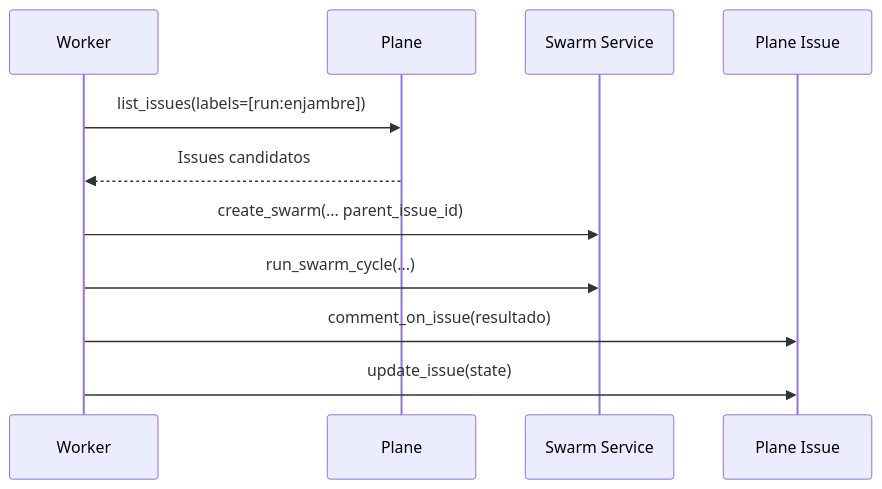
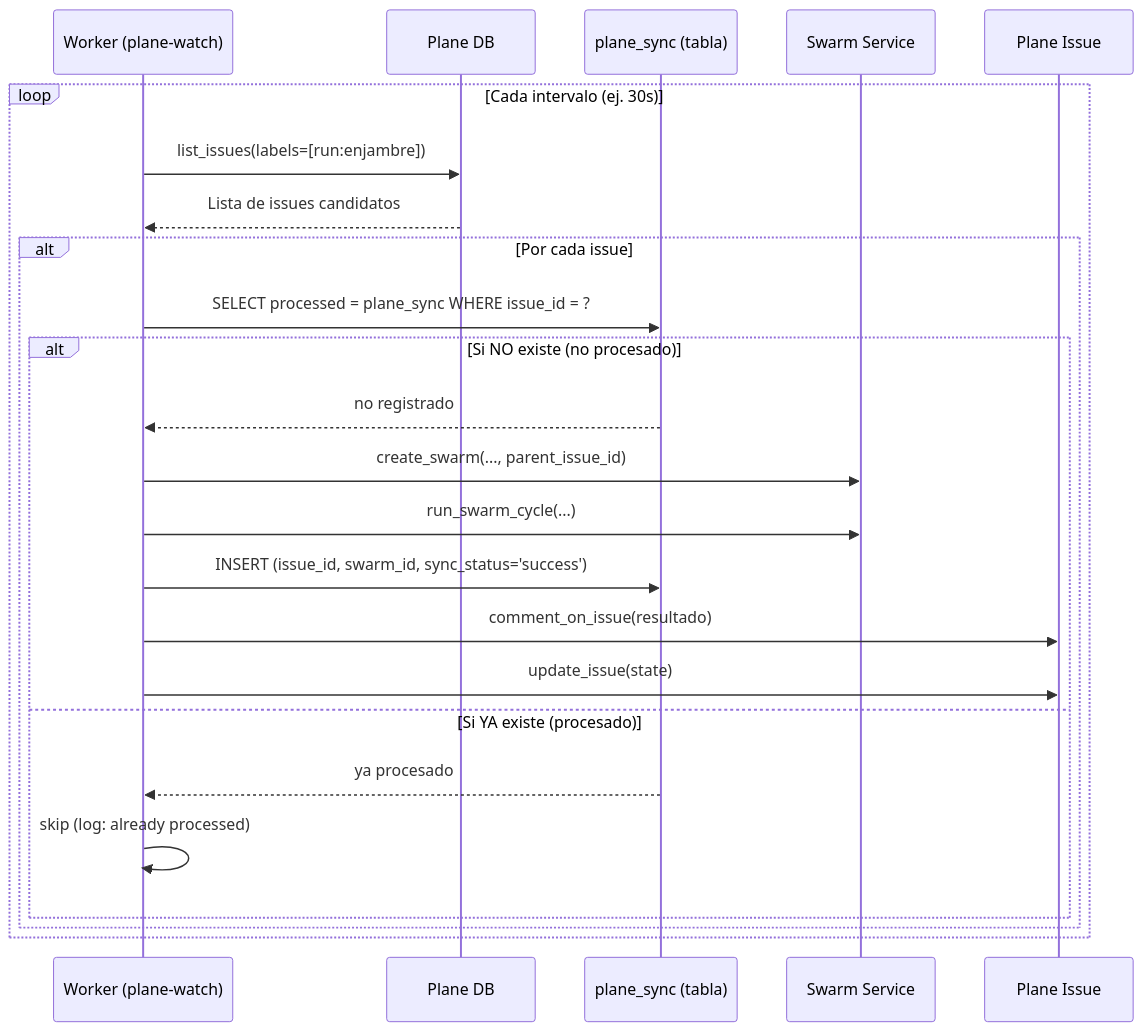
Before and after one commit to Wikibuda/metiche-os: the third of 4 diagrams in docs/DIAGRAMAS.md, drawn with Mermaid. The commit also changed other lines of this file and 1 other file, not shown here.

Commit message:
docs: actualiza diagramas y flujo operativo diario

````diff
--- a/docs/DIAGRAMAS.md
+++ b/docs/DIAGRAMAS.md
@@ -113,14 +132,27 @@
 ```mermaid
 sequenceDiagram
-  participant W as Worker
-  participant PL as Plane
+  participant W as Worker (plane-watch)
+  participant PL as Plane DB
+  participant PS as plane_sync (tabla)
   participant SW as Swarm Service
   participant PI as Plane Issue
 
-  W->>PL: list_issues(labels=[run:enjambre])
-  PL-->>W: Issues candidatos
-  W->>SW: create_swarm(... parent_issue_id)
-  W->>SW: run_swarm_cycle(...)
-  W->>PI: comment_on_issue(resultado)
-  W->>PI: update_issue(state)
+  loop Cada intervalo (ej. 30s)
+    W->>PL: list_issues(labels=[run:enjambre])
+    PL-->>W: Lista de issues candidatos
+    alt Por cada issue
+        W->>PS: SELECT processed = plane_sync WHERE issue_id = ?
+        alt Si NO existe (no procesado)
+            PS-->>W: no registrado
+            W->>SW: create_swarm(..., parent_issue_id)
+            W->>SW: run_swarm_cycle(...)
+            W->>PS: INSERT (issue_id, swarm_id, sync_status='success')
+            W->>PI: comment_on_issue(resultado)
+            W->>PI: update_issue(state)
+        else Si YA existe (procesado)
+            PS-->>W: ya procesado
+            W->>W: skip (log: already processed)
+        end
+    end
+  end
 ```
````
